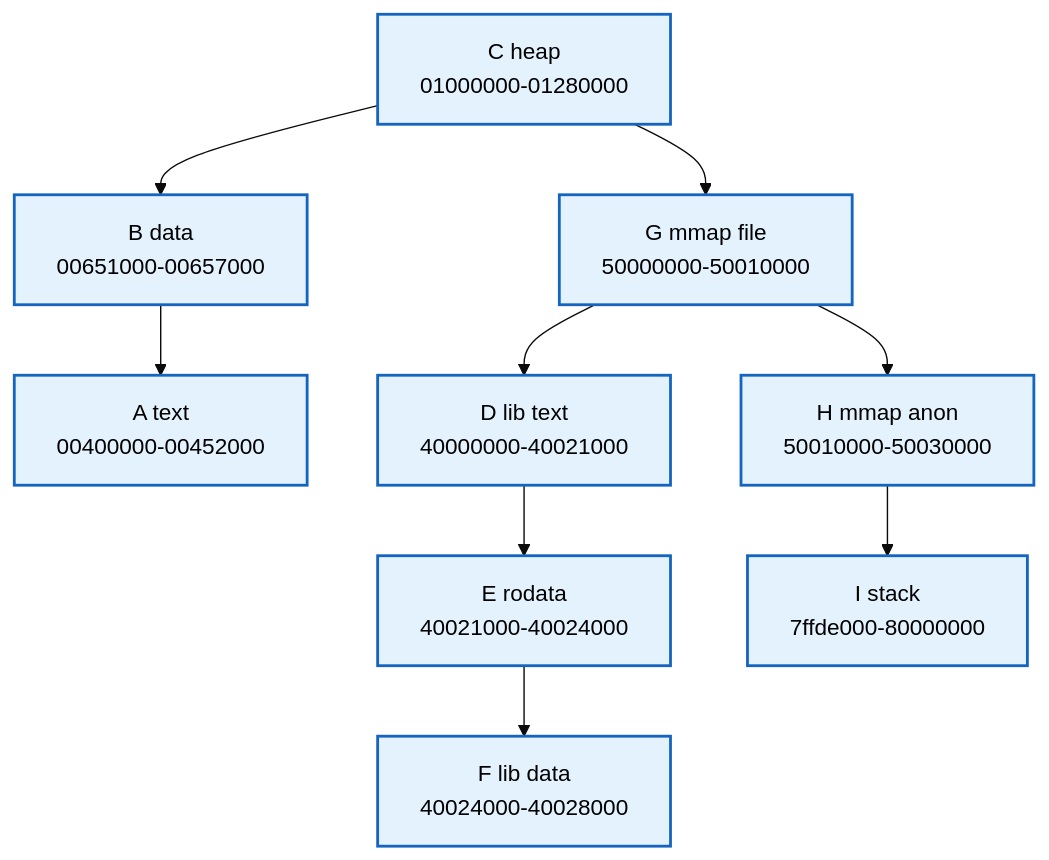
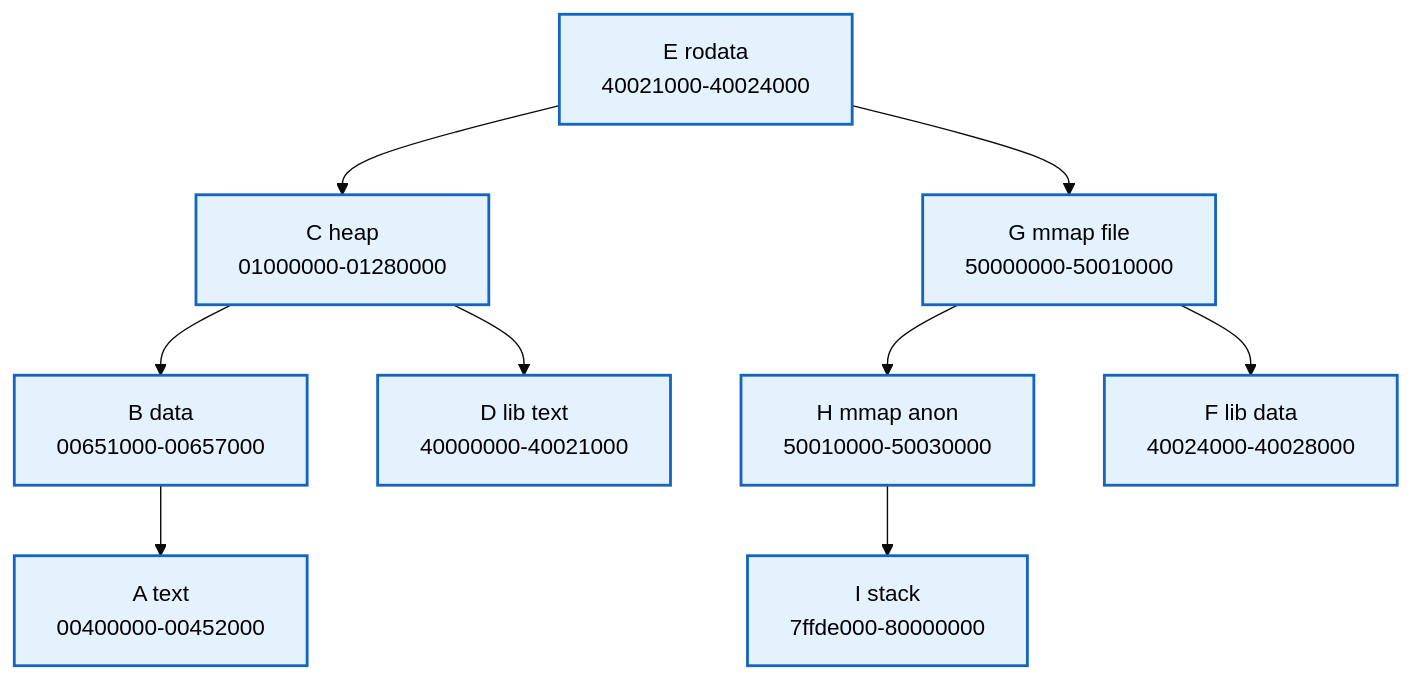
One commit to FormingSystem/linux_note changed the second of 16 diagrams in knowledge/linux/data_structures/红黑树_rb-tree/P14_Maple_Tree_与_VMA_管理.md. Above: the diagram before and after it, drawn with Mermaid (base theme). The commit also changed other lines of this file and 23 other files, not shown here.

````diff
--- a/knowledge/linux/data_structures/红黑树_rb-tree/P14_Maple_Tree_与_VMA_管理.md
+++ b/knowledge/linux/data_structures/红黑树_rb-tree/P14_Maple_Tree_与_VMA_管理.md
@@ -401,24 +355,24 @@
 ```mermaid
 flowchart TD
 	C["C heap<br/>01000000-01280000"]
 	B["B data<br/>00651000-00657000"]
 	G["G mmap file<br/>50000000-50010000"]
 	A["A text<br/>00400000-00452000"]
 	D["D lib text<br/>40000000-40021000"]
 	H["H mmap anon<br/>50010000-50030000"]
 	E["E rodata<br/>40021000-40024000"]
 	F["F lib data<br/>40024000-40028000"]
 	I["I stack<br/>7ffde000-80000000"]
 
+	E --> C
+	E --> G
 	C --> B
-	C --> G
+	C --> D
 	B --> A
-	G --> D
+	G --> F
 	G --> H
-	D --> E
-	E --> F
 	H --> I
 
 	classDef rb fill:#e3f2fd,stroke:#1565c0,color:#000,stroke-width:2px;
 	class C,B,G,A,D,H,E,F,I rb;
 ```
````
